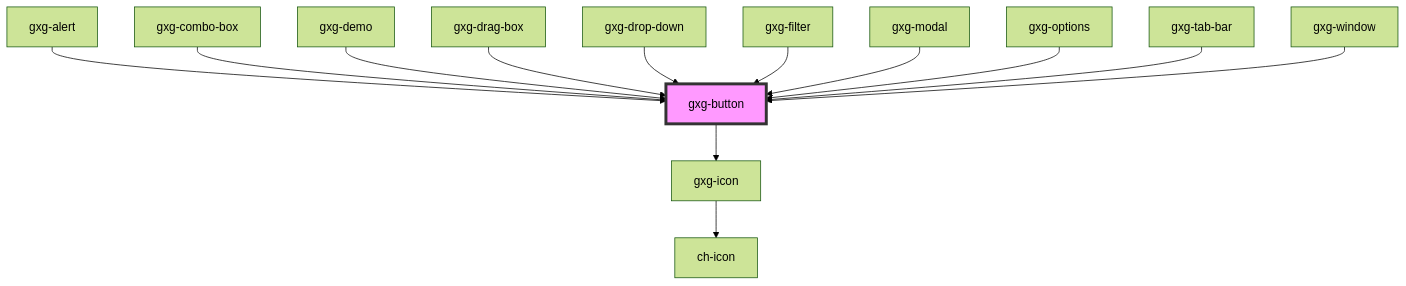
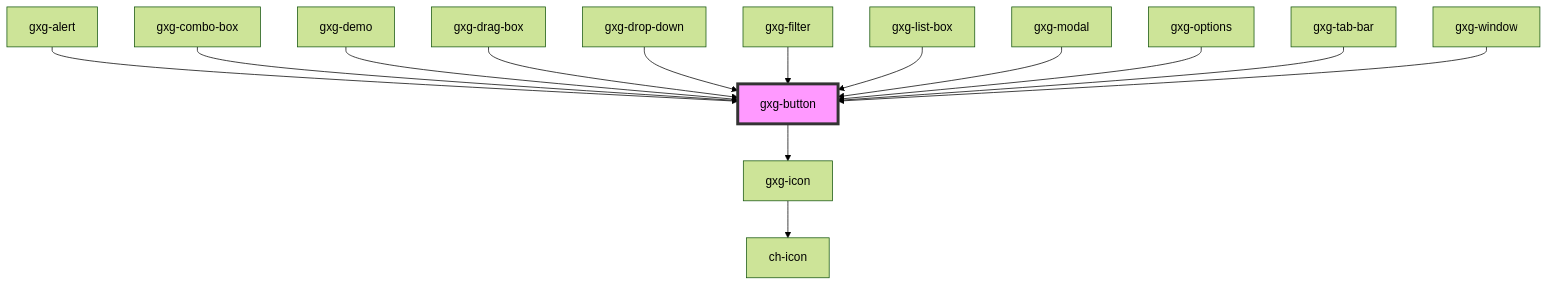
The diagram in src/components/button/readme.md (genexuslabs/gemini), drawn with Mermaid (forest theme) before and after one commit. The commit also changed other lines of this file and 10 other files, not shown here.

````diff
--- a/src/components/button/readme.md
+++ b/src/components/button/readme.md
@@ -61,16 +62,17 @@
 ```mermaid
 graph TD;
   gxg-button --> gxg-icon
   gxg-icon --> ch-icon
   gxg-alert --> gxg-button
   gxg-combo-box --> gxg-button
   gxg-demo --> gxg-button
   gxg-drag-box --> gxg-button
   gxg-drop-down --> gxg-button
   gxg-filter --> gxg-button
+  gxg-list-box --> gxg-button
   gxg-modal --> gxg-button
   gxg-options --> gxg-button
   gxg-tab-bar --> gxg-button
   gxg-window --> gxg-button
   style gxg-button fill:#f9f,stroke:#333,stroke-width:4px
 ```
````
